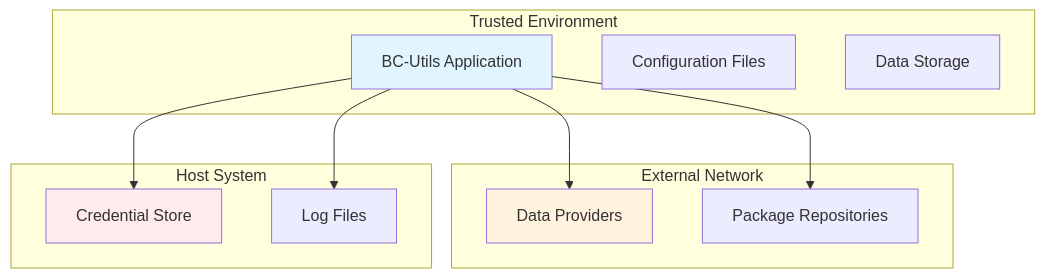
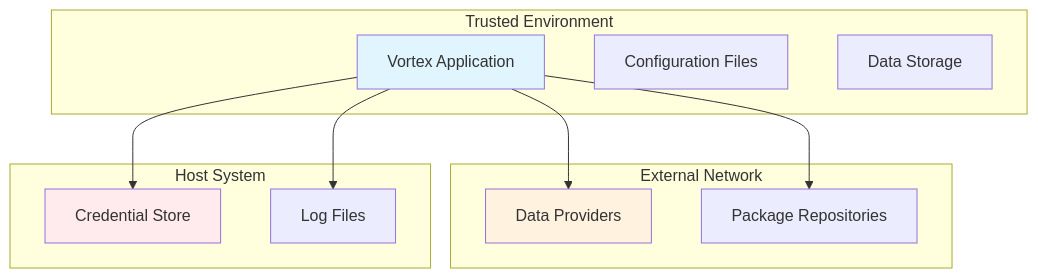
The sixth of 6 diagrams in docs/design/hld/01-system-overview.md (makutaku/vortex), drawn with Mermaid before and after one commit. The commit also changed other lines of this file and 15 other files, not shown here.

First line of the commit message:
Complete documentation rebrand from BC-Utils to Vortex

````diff
--- a/docs/design/hld/01-system-overview.md
+++ b/docs/design/hld/01-system-overview.md
@@ -274,27 +274,27 @@
 ```mermaid
 graph TB
     subgraph "Trusted Environment"
-        App[BC-Utils Application]
+        App[Vortex Application]
         Config[Configuration Files]
         Data[Data Storage]
     end
     
     subgraph "External Network"
         Providers[Data Providers]
         Repos[Package Repositories]
     end
     
     subgraph "Host System"
         Secrets[Credential Store]
         Logs[Log Files]
     end
     
     App --> Providers
     App --> Repos
     App --> Secrets
     App --> Logs
     
     style App fill:#e1f5fe
     style Secrets fill:#ffebee
     style Providers fill:#fff3e0
 ```
````
